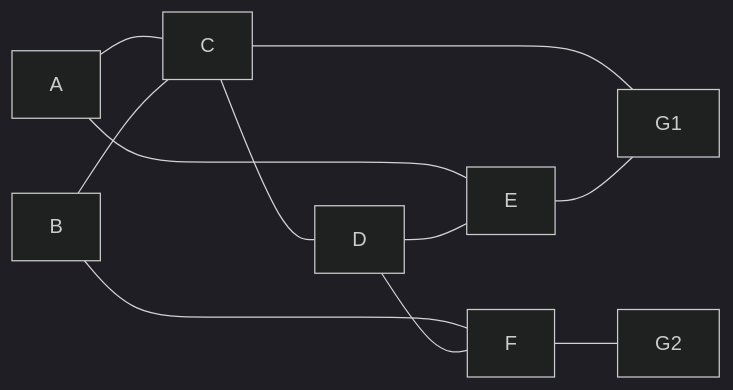
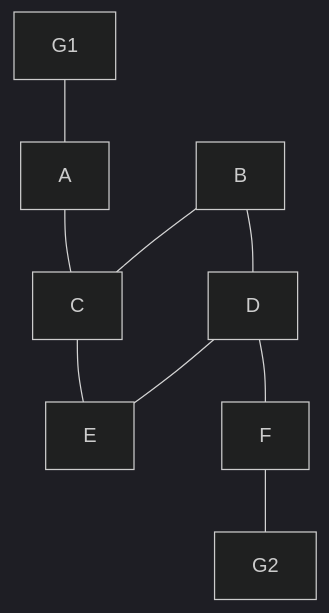
One commit to nguyenngoc1211/HeThongIoT changed the diagram in README.md. Above: the diagram before and after it, drawn with Mermaid (dark theme). The commit also changed other lines of this file and 12 other files, not shown here.

First line of the commit message:
Redraw wiring schematics for 14-LED building model

````diff
--- a/README.md
+++ b/README.md
@@ -19,13 +35,11 @@
 ```mermaid
-graph LR
+graph TD
+  G1 --- A
   A --- C
-  A --- E
   B --- C
-  B --- F
-  C --- D
+  B --- D
+  C --- E
   D --- E
   D --- F
-  C --- G1
-  E --- G1
   F --- G2
 ```
````
